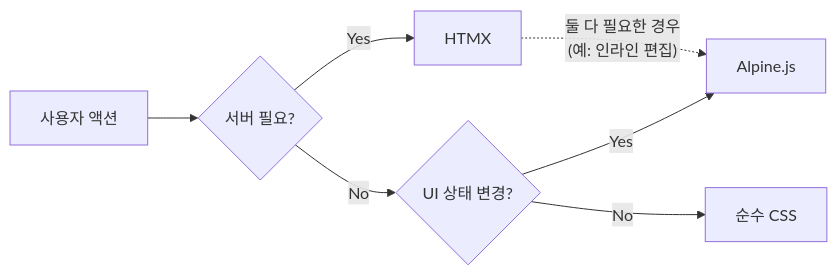
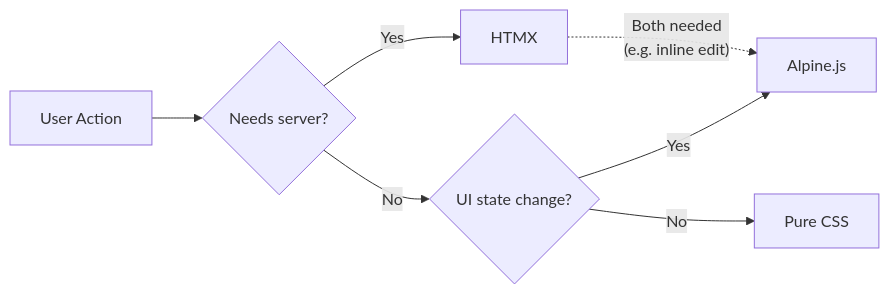
One commit to philipjkim/gothic-to-do changed the diagram in README.md. Above: the diagram before and after it, drawn with Mermaid. The commit also changed other lines of this file and 1 other file, not shown here.

````diff
--- a/README.md
+++ b/README.md
@@ -64,10 +65,10 @@
 ```mermaid
 flowchart LR
-    A[사용자 액션] --> B{서버 필요?}
+    A[User Action] --> B{Needs server?}
     B -- Yes --> C[HTMX]
-    B -- No --> D{UI 상태 변경?}
+    B -- No --> D{UI state change?}
     D -- Yes --> E[Alpine.js]
-    D -- No --> F[순수 CSS]
-    C -. "둘 다 필요한 경우
-    (예: 인라인 편집)" .-> E
+    D -- No --> F[Pure CSS]
+    C -. "Both needed
+    (e.g. inline edit)" .-> E
 ```
````
